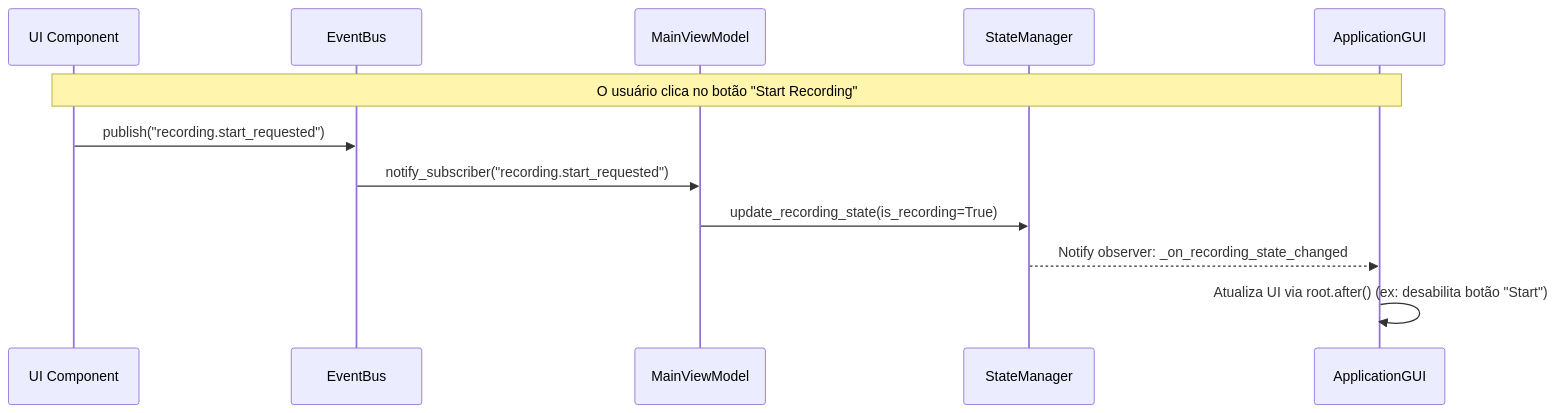
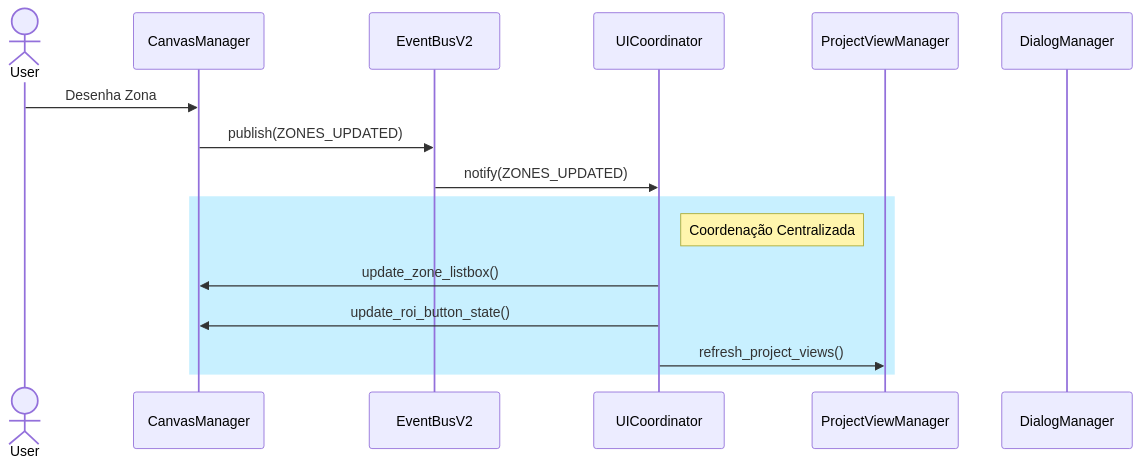
One commit to MarkSant/DRerio-LogAI changed the second of 2 diagrams in docs/ARCHITECTURE.md. Above: the diagram before and after it, drawn with Mermaid. The commit also changed other lines of this file and 15 other files, not shown here.

First line of the commit message:
Feat(v4.0): Complete Event-Driven Architecture Migration (Phase 3)

````diff
--- a/docs/ARCHITECTURE.md
+++ b/docs/ARCHITECTURE.md
@@ -532,17 +86,20 @@
 ```mermaid
 sequenceDiagram
-    participant UI as UI Component
-    participant EV as EventBus
-    participant VM as MainViewModel
-    participant SM as StateManager
-    participant App as ApplicationGUI
+    actor User
+    participant CM as CanvasManager
+    participant EB as EventBusV2
+    participant UIC as UICoordinator
+    participant PVM as ProjectViewManager
+    participant DM as DialogManager
 
-    Note over UI,App: O usuário clica no botão "Start Recording"
-    UI->>EV: publish("recording.start_requested")
-    EV->>VM: notify_subscriber("recording.start_requested")
-
-    VM->>SM: update_recording_state(is_recording=True)
-
-    SM-->>App: Notify observer: _on_recording_state_changed
-    App->>App: Atualiza UI via root.after() (ex: desabilita botão "Start")
+    User->>CM: Desenha Zona
+    CM->>EB: publish(ZONES_UPDATED)
+    EB->>UIC: notify(ZONES_UPDATED)
+    
+    rect rgb(200, 240, 255)
+        note right of UIC: Coordenação Centralizada
+        UIC->>CM: update_zone_listbox()
+        UIC->>CM: update_roi_button_state()
+        UIC->>PVM: refresh_project_views()
+    end
 ```
````
